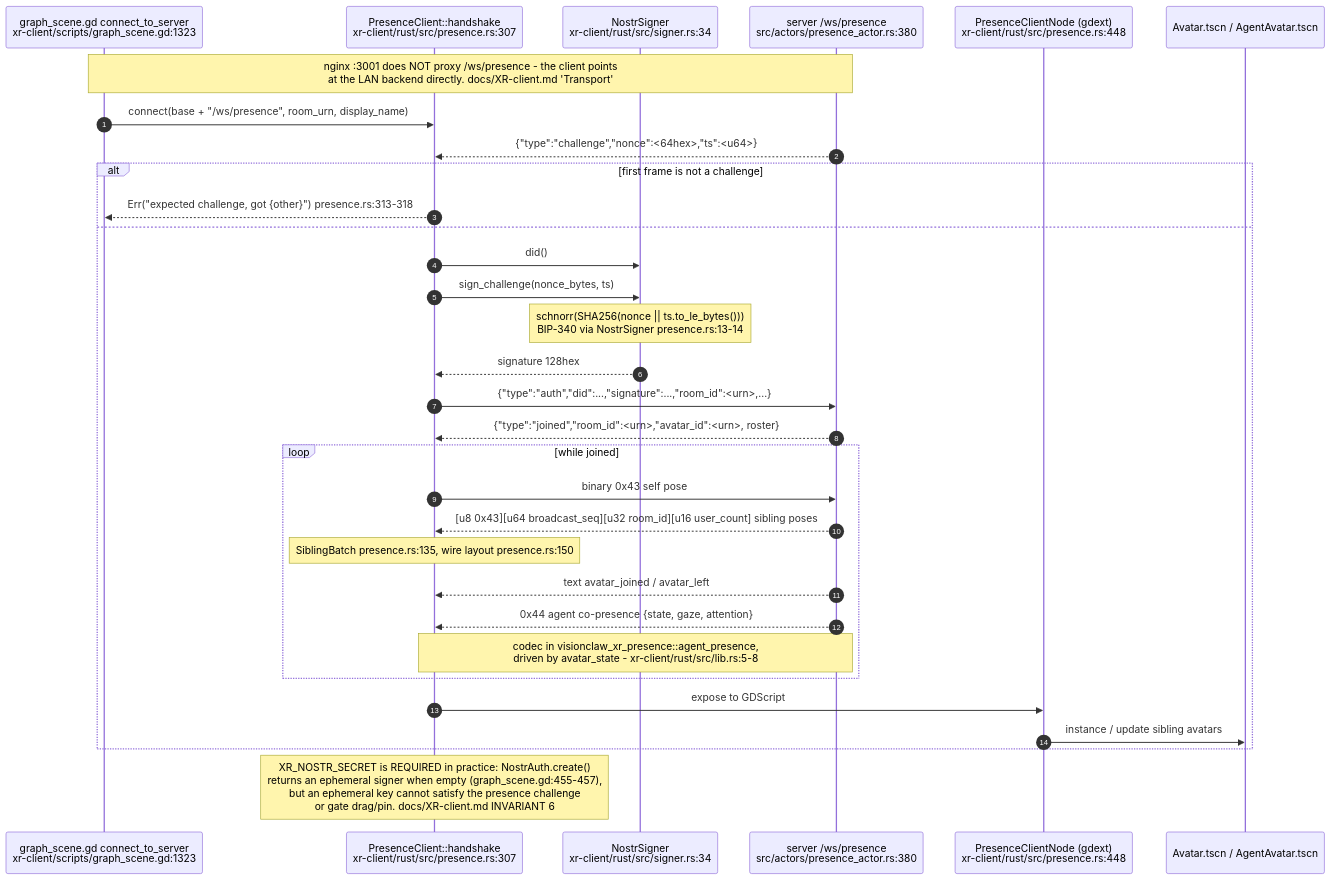
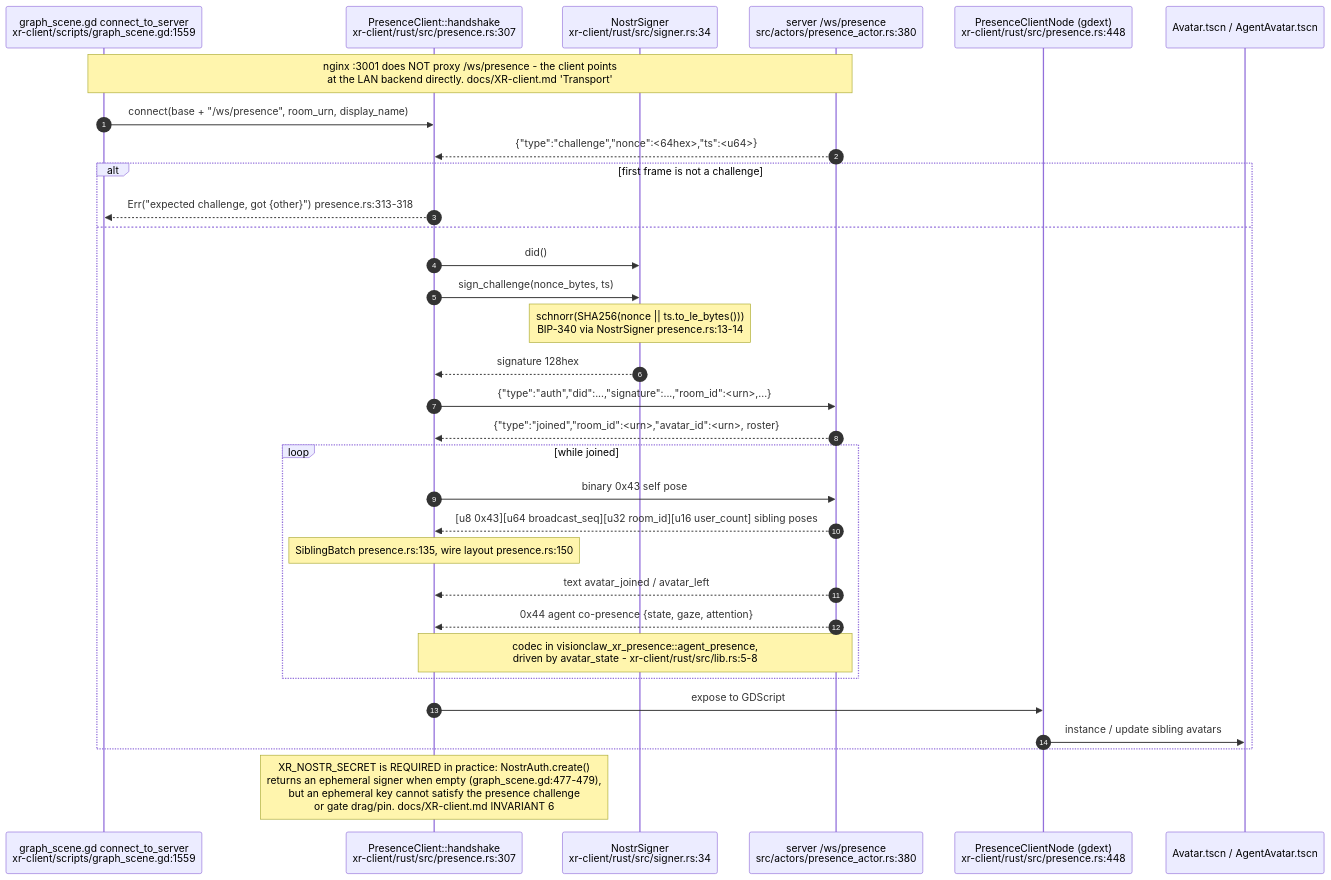
The tenth of 27 diagrams in docs/diagrams/visionclaw/36-godot-xr-client.md (DreamLab-AI/VisionFlow), drawn with Mermaid before and after one commit. The commit also changed other lines of this file and 160 other files, not shown here.

````diff
--- a/docs/diagrams/visionclaw/36-godot-xr-client.md
+++ b/docs/diagrams/visionclaw/36-godot-xr-client.md
@@ -523,35 +525,35 @@
 ```mermaid
 sequenceDiagram
     autonumber
-    participant GS as graph_scene.gd connect_to_server<br/>xr-client/scripts/graph_scene.gd:1323
+    participant GS as graph_scene.gd connect_to_server<br/>xr-client/scripts/graph_scene.gd:1559
     participant PC as PresenceClient::handshake<br/>xr-client/rust/src/presence.rs:307
     participant SG as NostrSigner<br/>xr-client/rust/src/signer.rs:34
     participant SV as server /ws/presence<br/>src/actors/presence_actor.rs:380
     participant PN as PresenceClientNode (gdext)<br/>xr-client/rust/src/presence.rs:448
     participant AV as Avatar.tscn / AgentAvatar.tscn
 
     Note over GS,SV: nginx :3001 does NOT proxy /ws/presence - the client points<br/>at the LAN backend directly. docs/XR-client.md 'Transport'
     GS->>PC: connect(base + "/ws/presence", room_urn, display_name)
     SV-->>PC: {"type":"challenge","nonce":<64hex>,"ts":<u64>}
     alt first frame is not a challenge
         PC-->>GS: Err("expected challenge, got {other}") presence.rs:313-318
     else
         PC->>SG: did()
         PC->>SG: sign_challenge(nonce_bytes, ts)
         Note over SG: schnorr(SHA256(nonce || ts.to_le_bytes()))<br/>BIP-340 via NostrSigner presence.rs:13-14
         SG-->>PC: signature 128hex
         PC->>SV: {"type":"auth","did":...,"signature":...,"room_id":<urn>,...}
         SV-->>PC: {"type":"joined","room_id":<urn>,"avatar_id":<urn>, roster}
         loop while joined
             PC->>SV: binary 0x43 self pose
             SV-->>PC: [u8 0x43][u64 broadcast_seq][u32 room_id][u16 user_count] sibling poses
             Note over PC: SiblingBatch presence.rs:135, wire layout presence.rs:150
             SV-->>PC: text avatar_joined / avatar_left
             SV-->>PC: 0x44 agent co-presence {state, gaze, attention}
             Note over SV,PC: codec in visionclaw_xr_presence::agent_presence,<br/>driven by avatar_state - xr-client/rust/src/lib.rs:5-8
         end
         PC->>PN: expose to GDScript
         PN->>AV: instance / update sibling avatars
     end
-    Note over PC: XR_NOSTR_SECRET is REQUIRED in practice: NostrAuth.create()<br/>returns an ephemeral signer when empty (graph_scene.gd:455-457),<br/>but an ephemeral key cannot satisfy the presence challenge<br/>or gate drag/pin. docs/XR-client.md INVARIANT 6
+    Note over PC: XR_NOSTR_SECRET is REQUIRED in practice: NostrAuth.create()<br/>returns an ephemeral signer when empty (graph_scene.gd:477-479),<br/>but an ephemeral key cannot satisfy the presence challenge<br/>or gate drag/pin. docs/XR-client.md INVARIANT 6
 ```
````
